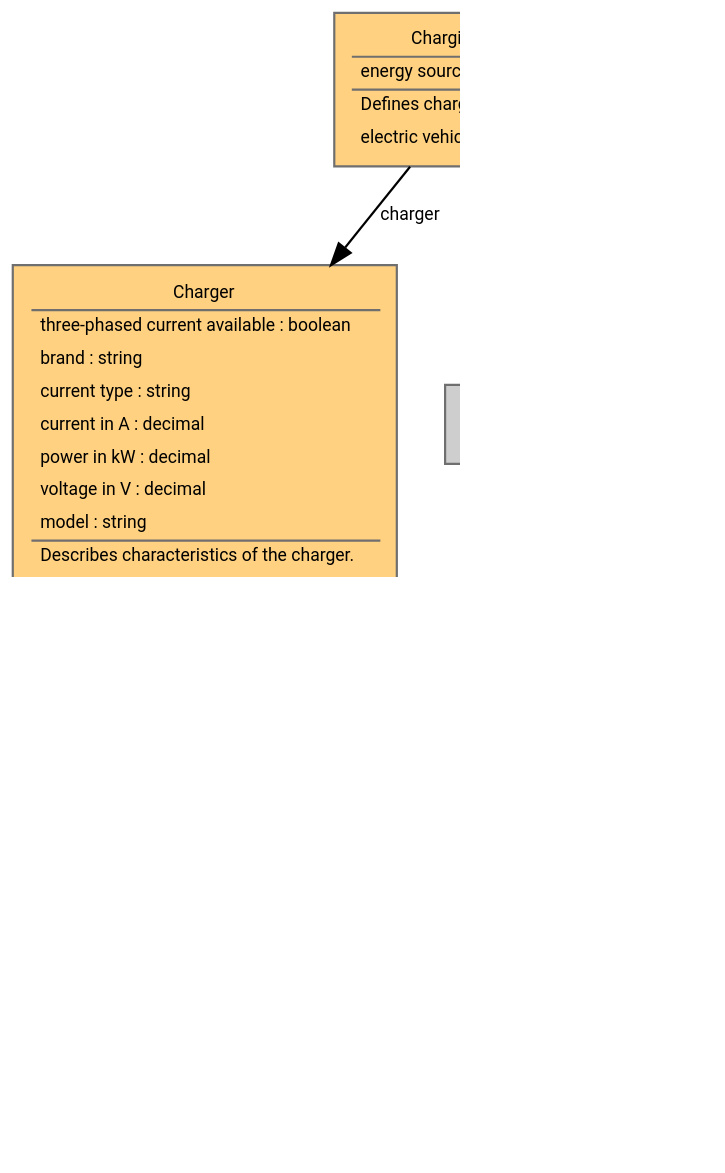
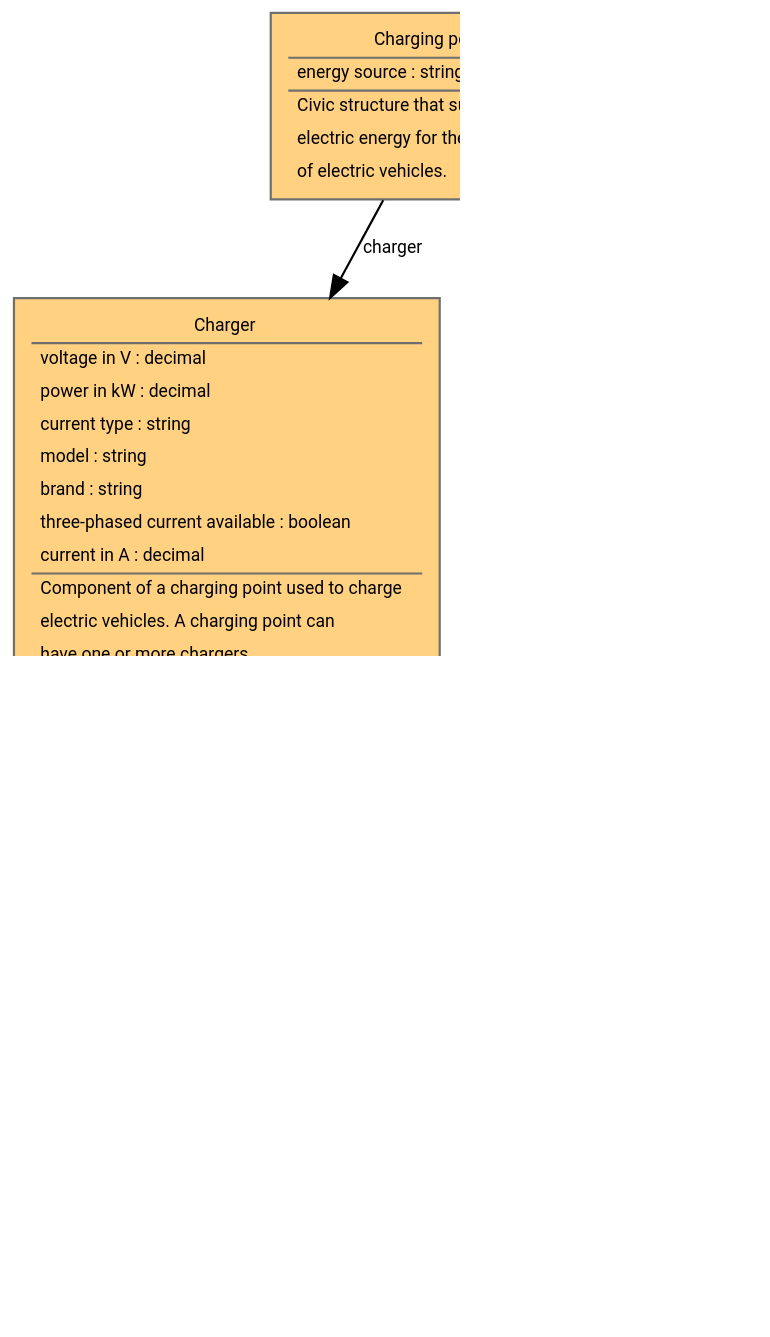
The diagram in diagrams/ChargingPoints.ttl.dot (vocol/mobivoc), drawn with Graphviz before and after one commit. The commit also changed 15 other files, not shown here.

Commit message:
update diagrams

```diff
--- a/diagrams/ChargingPoints.ttl.dot
+++ b/diagrams/ChargingPoints.ttl.dot
@@ -1,35 +1,35 @@
 digraph "http://schema.mobivoc.org/" {
 rankdir=TB
 
         fontname = "Roboto"
         fontsize = 8
         dpi = 150
         overlap=false
         forcelabels=true
         nodesep=0.3
         ratio = fill
         margin=0
 
         node [
                 fontname = "Roboto"
                 fontsize = 8
                 shape = "rect"
                 style=filled
                 fontcolor=black
                 fillcolor="#CECECE"
                 color="#706f6f"
         ]
 
         edge [
                 fontname = "Roboto"
                 fontsize = 8
         ]
-"http://schema.mobivoc.org/Charger" [fillcolor="#FFD180" fontcolor= "#000000", label=<<TABLE border="0"><TR><TD ALIGN="CENTER" HREF="http://schema.mobivoc.org/Charger">Charger</TD></TR><HR/><TR><TD ALIGN="LEFT" HREF="http://schema.mobivoc.org/threePhasedCurrentAvailable">three-phased current available : boolean</TD></TR><TR><TD ALIGN="LEFT" HREF="http://schema.mobivoc.org/brand">brand : string</TD></TR><TR><TD ALIGN="LEFT" HREF="http://schema.mobivoc.org/currentType">current type : string</TD></TR><TR><TD ALIGN="LEFT" HREF="http://schema.mobivoc.org/currentInA">current in A : decimal</TD></TR><TR><TD ALIGN="LEFT" HREF="http://schema.mobivoc.org/powerInKW">power in kW : decimal</TD></TR><TR><TD ALIGN="LEFT" HREF="http://schema.mobivoc.org/voltageInV">voltage in V : decimal</TD></TR><TR><TD ALIGN="LEFT" HREF="http://schema.mobivoc.org/model">model : string</TD></TR><HR/><TR><TD ALIGN="LEFT">Describes characteristics of the charger.</TD></TR></TABLE>>]
-"http://schema.mobivoc.org/PlugType" [fillcolor="#FFD180" fontcolor= "#000000", label=<<TABLE border="0"><TR><TD ALIGN="CENTER" HREF="http://schema.mobivoc.org/PlugType">Plug type</TD></TR><HR/><TR><TD ALIGN="LEFT">Describes the type of available</TD></TR><TR><TD ALIGN="LEFT">plug.</TD></TR></TABLE>>]
-"http://schema.mobivoc.org/Plug" [fillcolor="#FFD180" fontcolor= "#000000", label=<<TABLE border="0"><TR><TD ALIGN="CENTER" HREF="http://schema.mobivoc.org/Plug">Plug</TD></TR><HR/><TR><TD ALIGN="LEFT" HREF="http://schema.mobivoc.org/threePhasedCurrentAvailable">three-phased current available : boolean</TD></TR><TR><TD ALIGN="LEFT" HREF="http://schema.mobivoc.org/cableAvailable">cable available : boolean</TD></TR><TR><TD ALIGN="LEFT" HREF="http://schema.mobivoc.org/currentType">current type : string</TD></TR><TR><TD ALIGN="LEFT" HREF="http://schema.mobivoc.org/currentInA">current in A : decimal</TD></TR><TR><TD ALIGN="LEFT" HREF="http://schema.mobivoc.org/powerInKW">power in kW : decimal</TD></TR><TR><TD ALIGN="LEFT" HREF="http://schema.mobivoc.org/voltageInV">voltage in V : decimal</TD></TR><HR/><TR><TD ALIGN="LEFT">Describes plug characteristics.</TD></TR></TABLE>>]
-"http://schema.mobivoc.org/ChargingPoint" [fillcolor="#FFD180" fontcolor= "#000000", label=<<TABLE border="0"><TR><TD ALIGN="CENTER" HREF="http://schema.mobivoc.org/ChargingPoint">Charging point</TD></TR><HR/><TR><TD ALIGN="LEFT" HREF="http://schema.mobivoc.org/energySource">energy source : string</TD></TR><HR/><TR><TD ALIGN="LEFT">Defines charging points for</TD></TR><TR><TD ALIGN="LEFT">electric vehicles.</TD></TR></TABLE>>]
+"http://schema.mobivoc.org/PlugType" [fillcolor="#FFD180" fontcolor= "#000000", label=<<TABLE border="0"><TR><TD ALIGN="CENTER" HREF="http://schema.mobivoc.org/PlugType">Plug type</TD></TR><HR/><TR><TD ALIGN="LEFT">Type of a plug that is used</TD></TR><TR><TD ALIGN="LEFT">to connect electric vehicles.</TD></TR></TABLE>>]
+"http://schema.mobivoc.org/Plug" [fillcolor="#FFD180" fontcolor= "#000000", label=<<TABLE border="0"><TR><TD ALIGN="CENTER" HREF="http://schema.mobivoc.org/Plug">Plug</TD></TR><HR/><TR><TD ALIGN="LEFT" HREF="http://schema.mobivoc.org/voltageInV">voltage in V : decimal</TD></TR><TR><TD ALIGN="LEFT" HREF="http://schema.mobivoc.org/powerInKW">power in kW : decimal</TD></TR><TR><TD ALIGN="LEFT" HREF="http://schema.mobivoc.org/currentType">current type : string</TD></TR><TR><TD ALIGN="LEFT" HREF="http://schema.mobivoc.org/cableAvailable">cable available : boolean</TD></TR><TR><TD ALIGN="LEFT" HREF="http://schema.mobivoc.org/threePhasedCurrentAvailable">three-phased current available : boolean</TD></TR><TR><TD ALIGN="LEFT" HREF="http://schema.mobivoc.org/currentInA">current in A : decimal</TD></TR><HR/><TR><TD ALIGN="LEFT">Component of a charger to connect an electric</TD></TR><TR><TD ALIGN="LEFT">vehicle. There are different plug types</TD></TR><TR><TD ALIGN="LEFT">used for charging electric vehicles.</TD></TR></TABLE>>]
+"http://schema.mobivoc.org/ChargingPoint" [fillcolor="#FFD180" fontcolor= "#000000", label=<<TABLE border="0"><TR><TD ALIGN="CENTER" HREF="http://schema.mobivoc.org/ChargingPoint">Charging point</TD></TR><HR/><TR><TD ALIGN="LEFT" HREF="http://schema.mobivoc.org/energySource">energy source : string</TD></TR><HR/><TR><TD ALIGN="LEFT">Civic structure that supplies</TD></TR><TR><TD ALIGN="LEFT">electric energy for the recharging</TD></TR><TR><TD ALIGN="LEFT">of electric vehicles.</TD></TR></TABLE>>]
+"http://schema.mobivoc.org/Charger" [fillcolor="#FFD180" fontcolor= "#000000", label=<<TABLE border="0"><TR><TD ALIGN="CENTER" HREF="http://schema.mobivoc.org/Charger">Charger</TD></TR><HR/><TR><TD ALIGN="LEFT" HREF="http://schema.mobivoc.org/voltageInV">voltage in V : decimal</TD></TR><TR><TD ALIGN="LEFT" HREF="http://schema.mobivoc.org/powerInKW">power in kW : decimal</TD></TR><TR><TD ALIGN="LEFT" HREF="http://schema.mobivoc.org/currentType">current type : string</TD></TR><TR><TD ALIGN="LEFT" HREF="http://schema.mobivoc.org/model">model : string</TD></TR><TR><TD ALIGN="LEFT" HREF="http://schema.mobivoc.org/brand">brand : string</TD></TR><TR><TD ALIGN="LEFT" HREF="http://schema.mobivoc.org/threePhasedCurrentAvailable">three-phased current available : boolean</TD></TR><TR><TD ALIGN="LEFT" HREF="http://schema.mobivoc.org/currentInA">current in A : decimal</TD></TR><HR/><TR><TD ALIGN="LEFT">Component of a charging point used to charge</TD></TR><TR><TD ALIGN="LEFT">electric vehicles. A charging point can</TD></TR><TR><TD ALIGN="LEFT">have one or more chargers.</TD></TR></TABLE>>]
+"http://schema.mobivoc.org/Charger" -> "http://schema.mobivoc.org/Plug" [href="http://schema.mobivoc.org/plug", label="plug"]
+"http://schema.mobivoc.org/ChargingPoint" -> "http://schema.mobivoc.org/Charger" [href="http://schema.mobivoc.org/charger", label="charger"]
 "http://schema.mobivoc.org/Plug" -> "http://schema.mobivoc.org/PlugType" [href="http://schema.mobivoc.org/plugType", label="plug type"]
-"http://schema.mobivoc.org/ChargingPoint" -> "http://schema.mobivoc.org/Charger" [href="http://schema.mobivoc.org/charger", label="charger"]
-"http://schema.mobivoc.org/Charger" -> "http://schema.mobivoc.org/Plug" [href="http://schema.mobivoc.org/plug", label="plug"]
 "http://schema.mobivoc.org/ChargingPoint" -> "http://schema.org/CivicStructure" [arrowhead = "empty"]
 }
```
